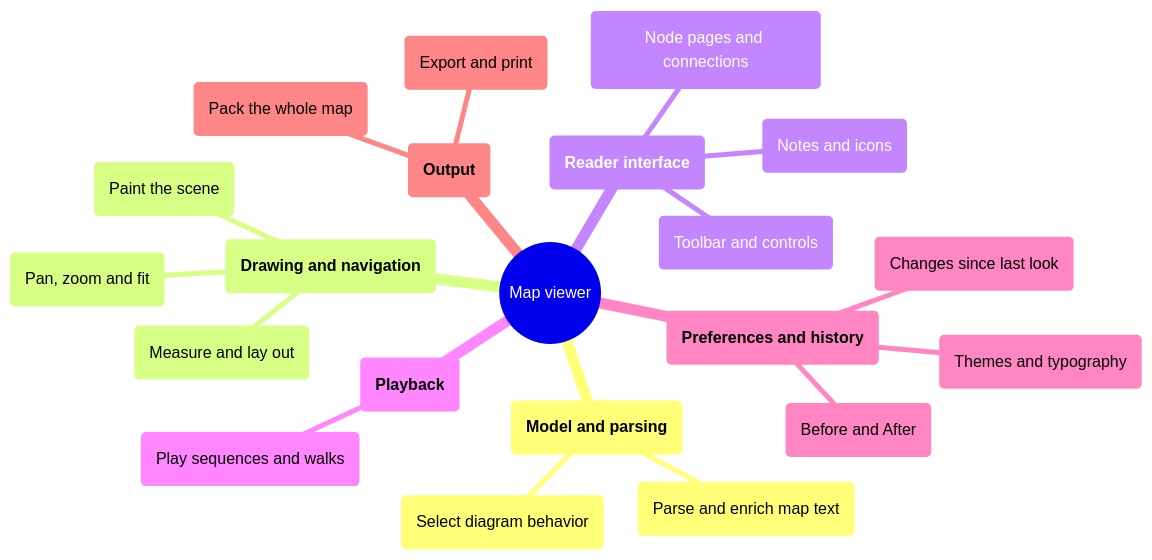
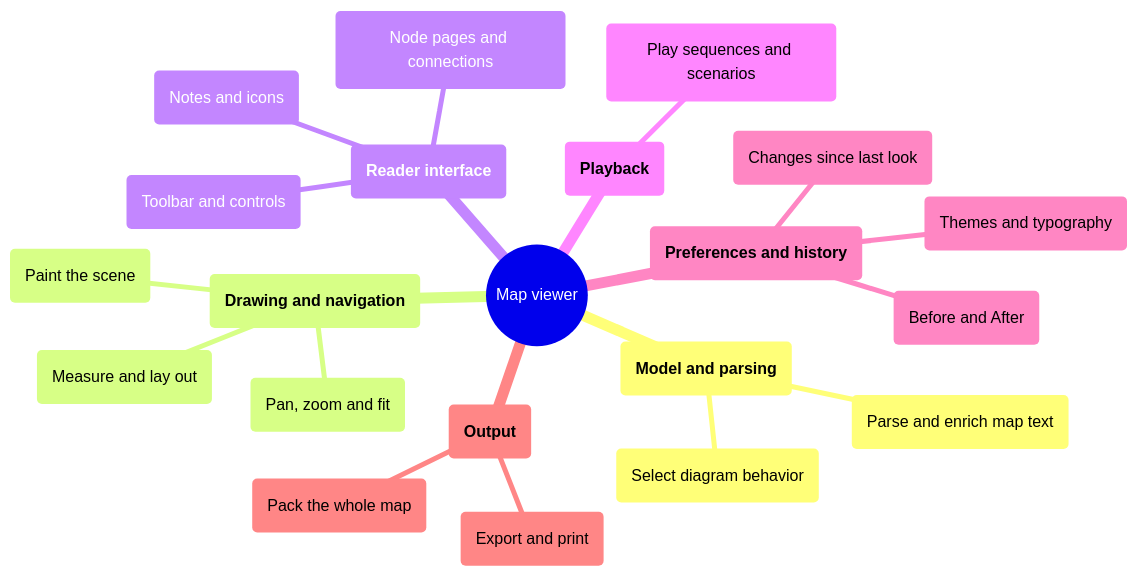
Before and after one commit to nvsravank/avagahana: the fifth of 17 diagrams in examples/maps/avagahana-architecture.md, drawn with Mermaid. The commit also changed other lines of this file and 75 other files, not shown here.

````diff
--- a/examples/maps/avagahana-architecture.md
+++ b/examples/maps/avagahana-architecture.md
@@ -200,24 +200,24 @@
 ```mermaid
 mindmap
   v(("Map viewer"))
     modelGroup("**Model and parsing**")
       m("Parse and enrich map text")
       d("Select diagram behavior")
     drawGroup("**Drawing and navigation**")
       layoutNode("Measure and lay out")
       p("Paint the scene")
       s("Pan, zoom and fit")
     uiGroup("**Reader interface**")
       c("Toolbar and controls")
       pg("Node pages and connections")
       nt("Notes and icons")
     playbackGroup("**Playback**")
-      pl("Play sequences and walks")
+      pl("Play sequences and scenarios")
     preferencesGroup("**Preferences and history**")
       th("Themes and typography")
       sn("Changes since last look")
       cmp("Before and After")
     outputGroup("**Output**")
       ex("Export and print")
       pk("Pack the whole map")
 ```
````
